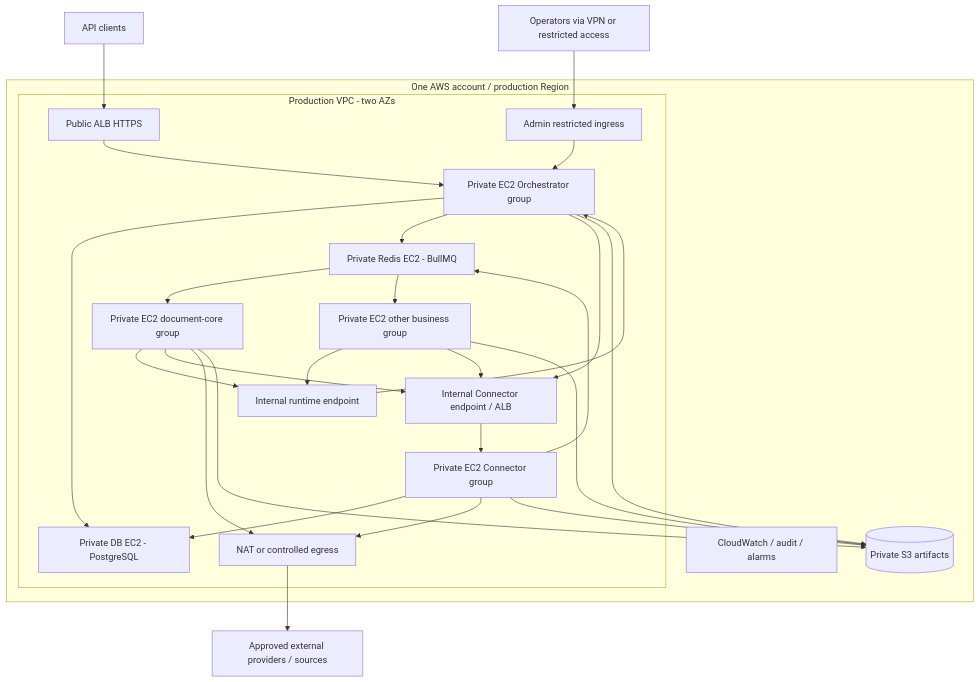
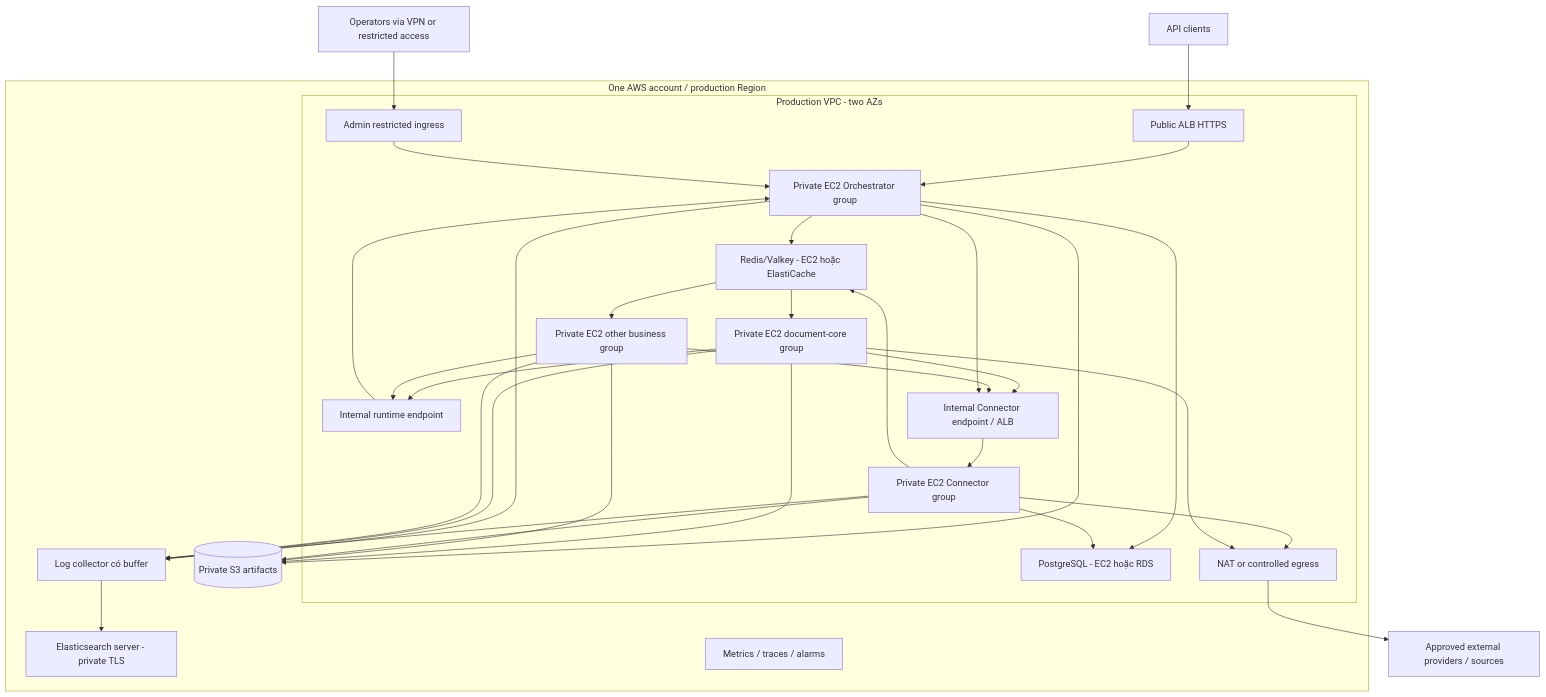
The diagram in du-rework/architecture/06-aws-deployment.md (OrgGem/dugate), drawn with Mermaid before and after one commit. The commit also changed other lines of this file and 595 other files, not shown here.

````diff
--- a/du-rework/architecture/06-aws-deployment.md
+++ b/du-rework/architecture/06-aws-deployment.md
@@ -11,32 +11,37 @@
 ```mermaid
 flowchart TB
   Users[API clients] --> Edge[Public ALB HTTPS]
   Operators[Operators via VPN or restricted access] --> Admin[Admin restricted ingress]
   subgraph Account[One AWS account / production Region]
     subgraph VPC[Production VPC - two AZs]
       Edge --> O[Private EC2 Orchestrator group]
       Admin --> O
-      O --> DB[Private DB EC2 - PostgreSQL]
-      O --> R[Private Redis EC2 - BullMQ]
+      O --> DB[PostgreSQL - EC2 hoặc RDS]
+      O --> R[Redis/Valkey - EC2 hoặc ElastiCache]
       R --> W[Private EC2 document-core group]
       R --> B[Private EC2 other business group]
       W --> RT[Internal runtime endpoint]
       B --> RT
       RT --> O
       W --> CLB[Internal Connector endpoint / ALB]
       B --> CLB
       O --> CLB
       CLB --> C[Private EC2 Connector group]
       C --> DB
       C --> R
       C --> Egress[NAT or controlled egress]
       W --> Egress
     end
     O --> S3[(Private S3 artifacts)]
     W --> S3
     B --> S3
     C --> S3
-    Logs[CloudWatch / audit / alarms]
+    O --> LC[Log collector có buffer]
+    C --> LC
+    W --> LC
+    B --> LC
+    LC --> ES[Elasticsearch server - private TLS]
+    Logs[Metrics / traces / alarms]
   end
   Egress --> Providers[Approved external providers / sources]
 ```
````
